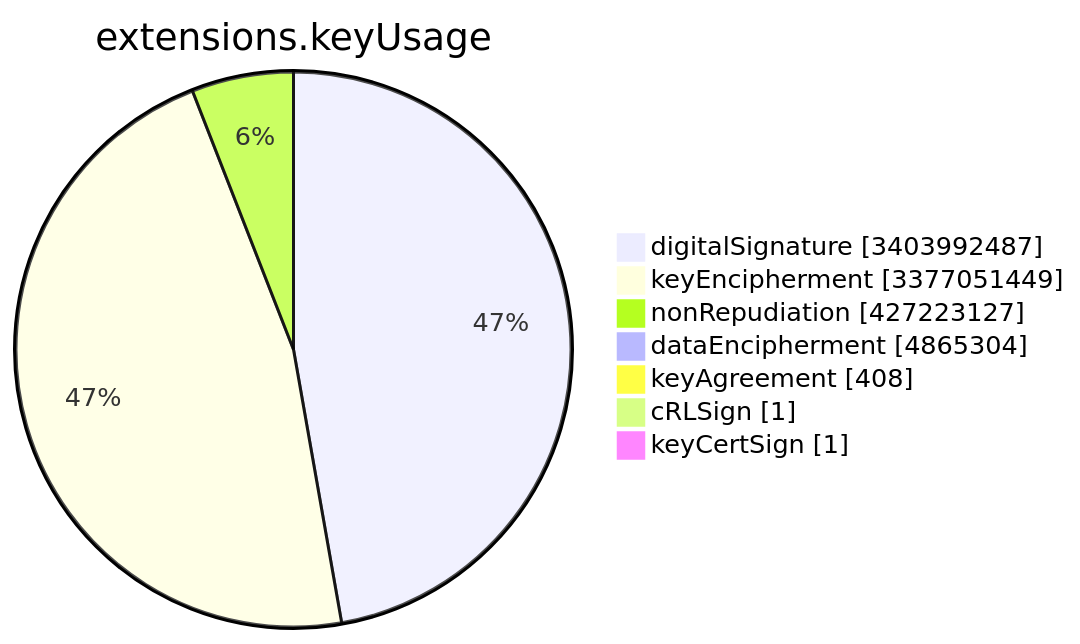
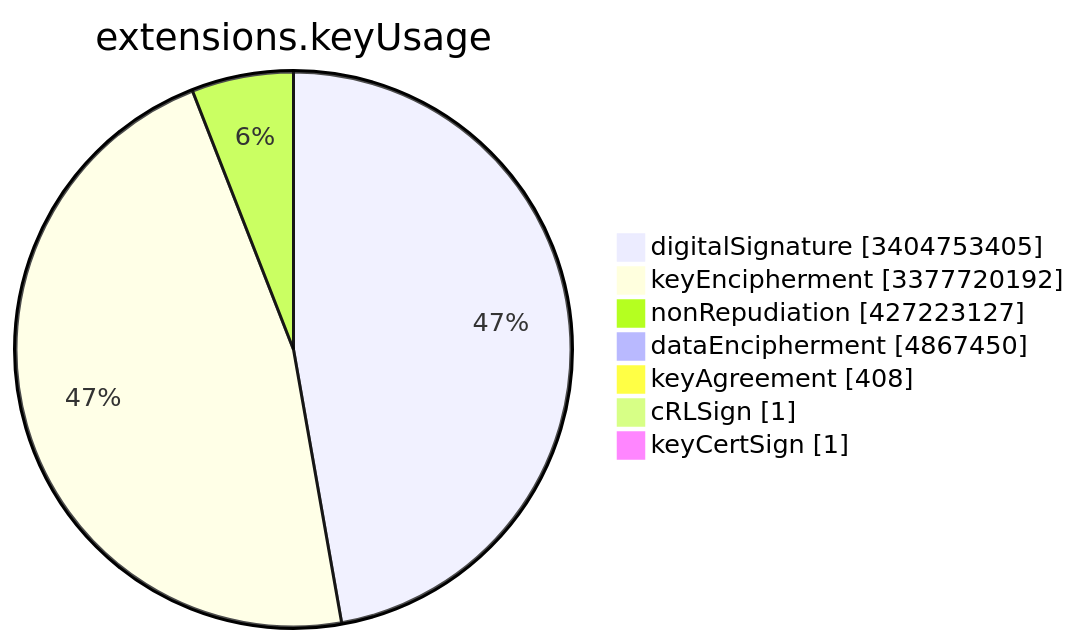
The sixth of 15 diagrams in TOTAL/README.md (christiankrug/ctmonitor_visualization), drawn with Mermaid before and after one commit. The commit also changed other lines of this file, not shown here.

````diff
--- a/TOTAL/README.md
+++ b/TOTAL/README.md
@@ -3081,11 +3081,11 @@
 ```mermaid
 pie showData
 title extensions.keyUsage
-"digitalSignature" :3403992487
-"keyEncipherment" :3377051449
+"digitalSignature" :3404753405
+"keyEncipherment" :3377720192
 "nonRepudiation" :427223127
-"dataEncipherment" :4865304
+"dataEncipherment" :4867450
 "keyAgreement" :408
 "cRLSign" :1
 "keyCertSign" :1
 ```
````
